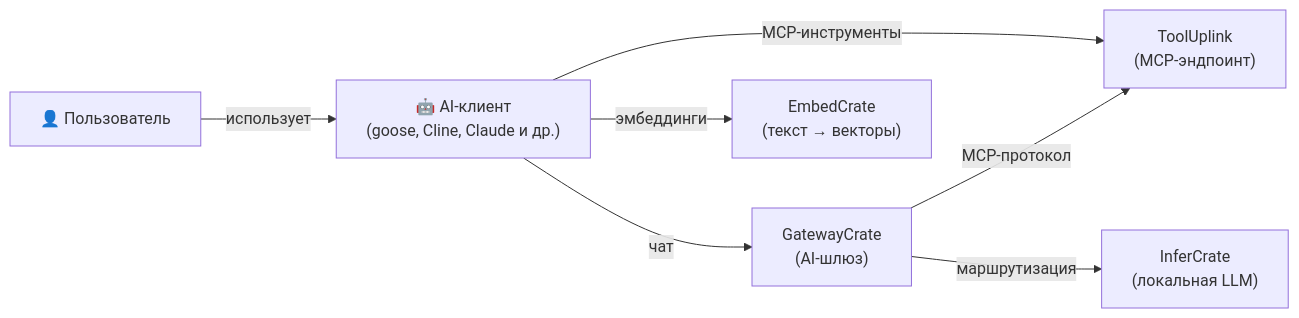
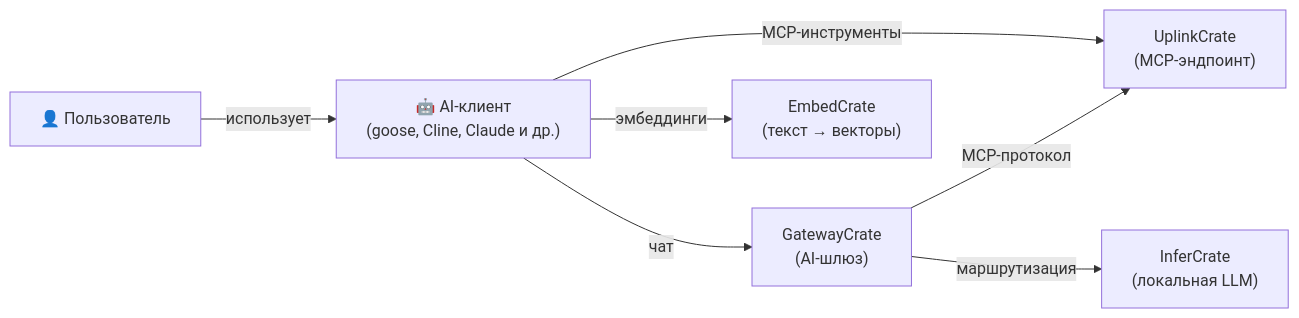
The diagram in stacks/code-assistant/README-ru.md (hwdsl2/self-hosted-ai-stack), drawn with Mermaid before and after one commit. The commit also changed other lines of this file and 22 other files, not shown here.

````diff
--- a/stacks/code-assistant/README-ru.md
+++ b/stacks/code-assistant/README-ru.md
@@ -17,9 +17,9 @@
 ```mermaid
 graph LR
     U["👤 Пользователь"] -->|использует| C["🤖 AI-клиент<br/>(goose, Cline, Claude и др.)"]
-    C -->|MCP-инструменты| M["ToolUplink<br/>(MCP-эндпоинт)"]
+    C -->|MCP-инструменты| M["UplinkCrate<br/>(MCP-эндпоинт)"]
     C -->|чат| L["GatewayCrate<br/>(AI-шлюз)"]
     L -->|маршрутизация| O["InferCrate<br/>(локальная LLM)"]
     L -->|MCP-протокол| M
     C -->|эмбеддинги| E["EmbedCrate<br/>(текст → векторы)"]
 ```
````
